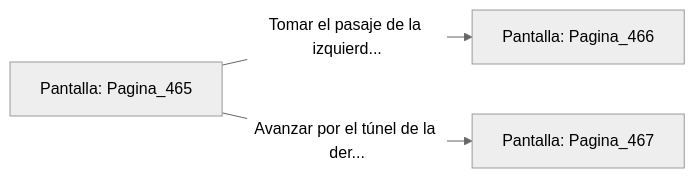
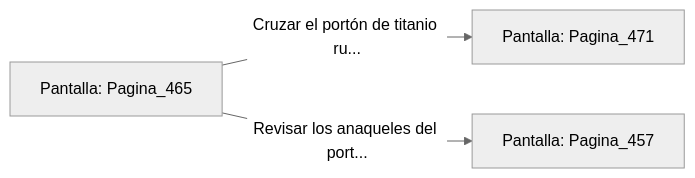
The diagram in sample/eligejuego-vault/Pantalla_Pagina_465.md (metsuke/mpl), drawn with Mermaid (neutral theme) before and after one commit. The commit also changed other lines of this file and 635 other files, not shown here.

First line of the commit message:
fix: añadir Pagina_1 como pantalla inicial en capitulo_01.mpl

````diff
--- a/sample/eligejuego-vault/Pantalla_Pagina_465.md
+++ b/sample/eligejuego-vault/Pantalla_Pagina_465.md
@@ -20,6 +24,6 @@
 ```mermaid
 graph LR
     P_Pagina_465["Pantalla: Pagina_465"]
-    P_Pagina_465 -->|"Tomar el pasaje de la izquierd..."| P_Pagina_466["Pantalla: Pagina_466"]
-    P_Pagina_465 -->|"Avanzar por el túnel de la der..."| P_Pagina_467["Pantalla: Pagina_467"]
+    P_Pagina_465 -->|"Cruzar el portón de titanio ru..."| P_Pagina_471["Pantalla: Pagina_471"]
+    P_Pagina_465 -->|"Revisar los anaqueles del port..."| P_Pagina_457["Pantalla: Pagina_457"]
 ```
````
